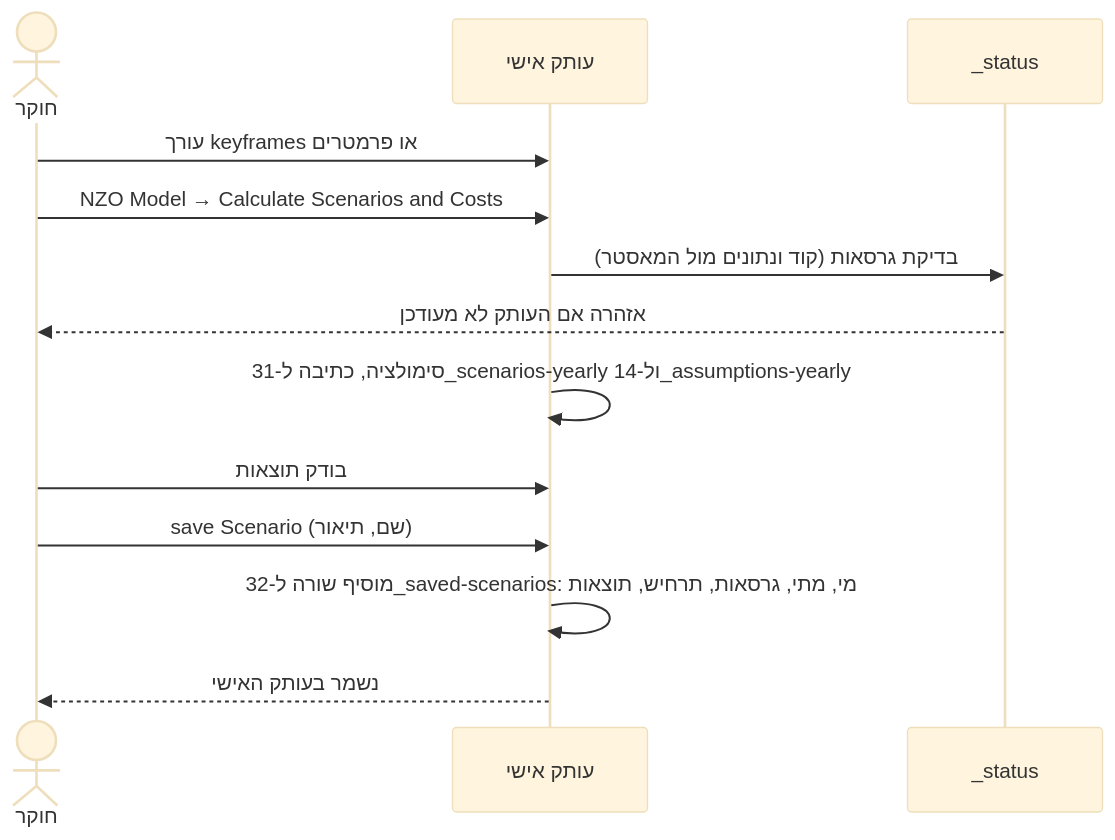
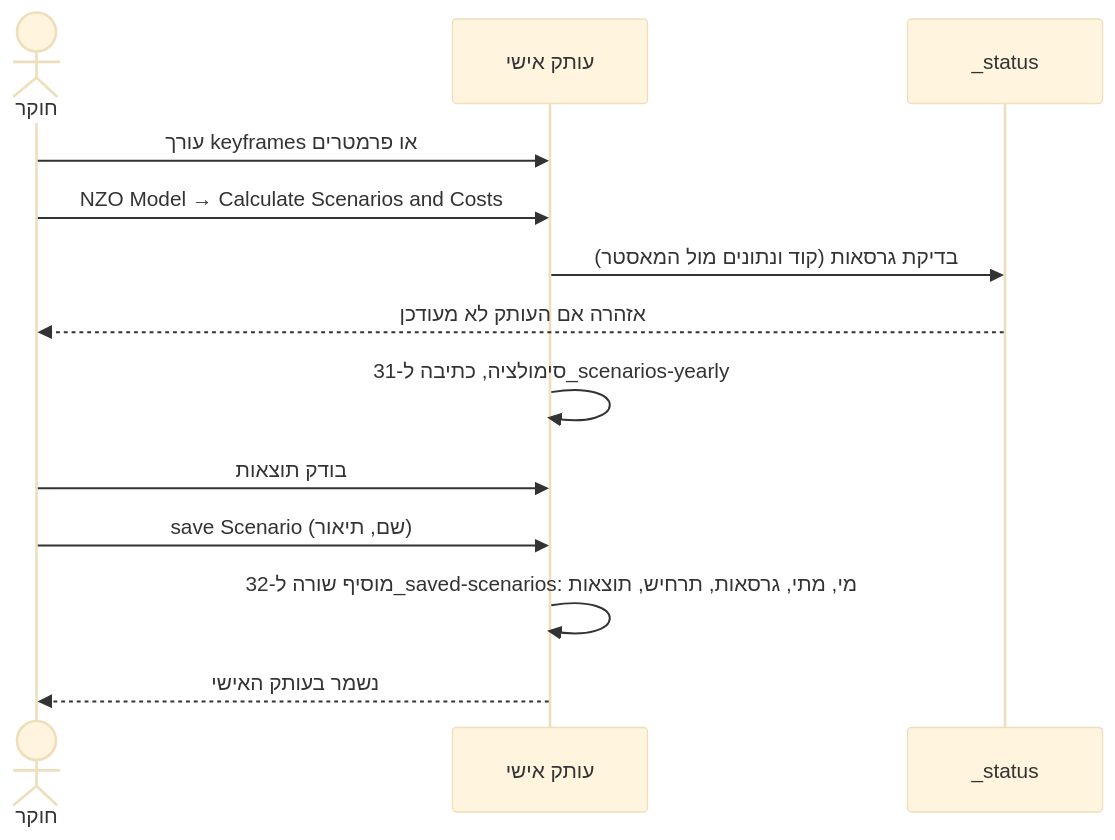
One commit to NZO-ENERGY-THINK-TANK/nzo_model changed the third of 5 diagrams in docs/NZO_collaboration_design.md. Above: the diagram before and after it, drawn with Mermaid (base theme). The commit also changed other lines of this file and 15 other files, not shown here.

First line of the commit message:
Remove 14_assumptions-yearly tab, saveCosts and Calculate Costs action

````diff
--- a/docs/NZO_collaboration_design.md
+++ b/docs/NZO_collaboration_design.md
@@ -112,16 +112,16 @@
 ```mermaid
 sequenceDiagram
     actor R as חוקר
     participant C as עותק אישי
     participant S as _status
 
     R->>C: עורך keyframes או פרמטרים
     R->>C: NZO Model → Calculate Scenarios and Costs
     C->>S: בדיקת גרסאות (קוד ונתונים מול המאסטר)
     S-->>R: אזהרה אם העותק לא מעודכן
-    C->>C: סימולציה, כתיבה ל-31_scenarios-yearly ול-14_assumptions-yearly
+    C->>C: סימולציה, כתיבה ל-31_scenarios-yearly
     R->>C: בודק תוצאות
     R->>C: save Scenario (שם, תיאור)
     C->>C: מוסיף שורה ל-32_saved-scenarios: מי, מתי, גרסאות, תרחיש, תוצאות
     C-->>R: נשמר בעותק האישי
 ```
````
